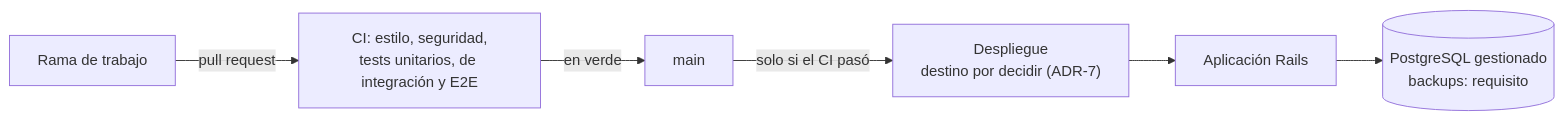
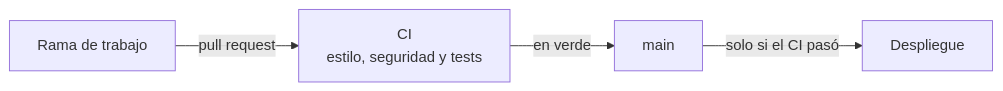
Before and after one commit to pablo-wpify/ensayo-openspec-growth-log: the second of 4 diagrams in README.md, drawn with Mermaid. The commit also changed other lines of this file and 6 other files, not shown here.

````diff
--- a/README.md
+++ b/README.md
@@ -319,8 +320,6 @@
 ```mermaid
 flowchart LR
-  BR["Rama de trabajo"] -- "pull request" --> CI["CI: estilo, seguridad,<br/>tests unitarios, de integración y E2E"]
+  BR["Rama de trabajo"] -- "pull request" --> CI["CI<br/>estilo, seguridad y tests"]
   CI -- "en verde" --> MAIN["main"]
-  MAIN -- "solo si el CI pasó" --> DEP["Despliegue<br/>destino por decidir (ADR-7)"]
-  DEP --> RUN["Aplicación Rails"]
-  RUN --> PG[("PostgreSQL gestionado<br/>backups: requisito")]
+  MAIN -- "solo si el CI pasó" --> DEP["Despliegue"]
 ```
````
